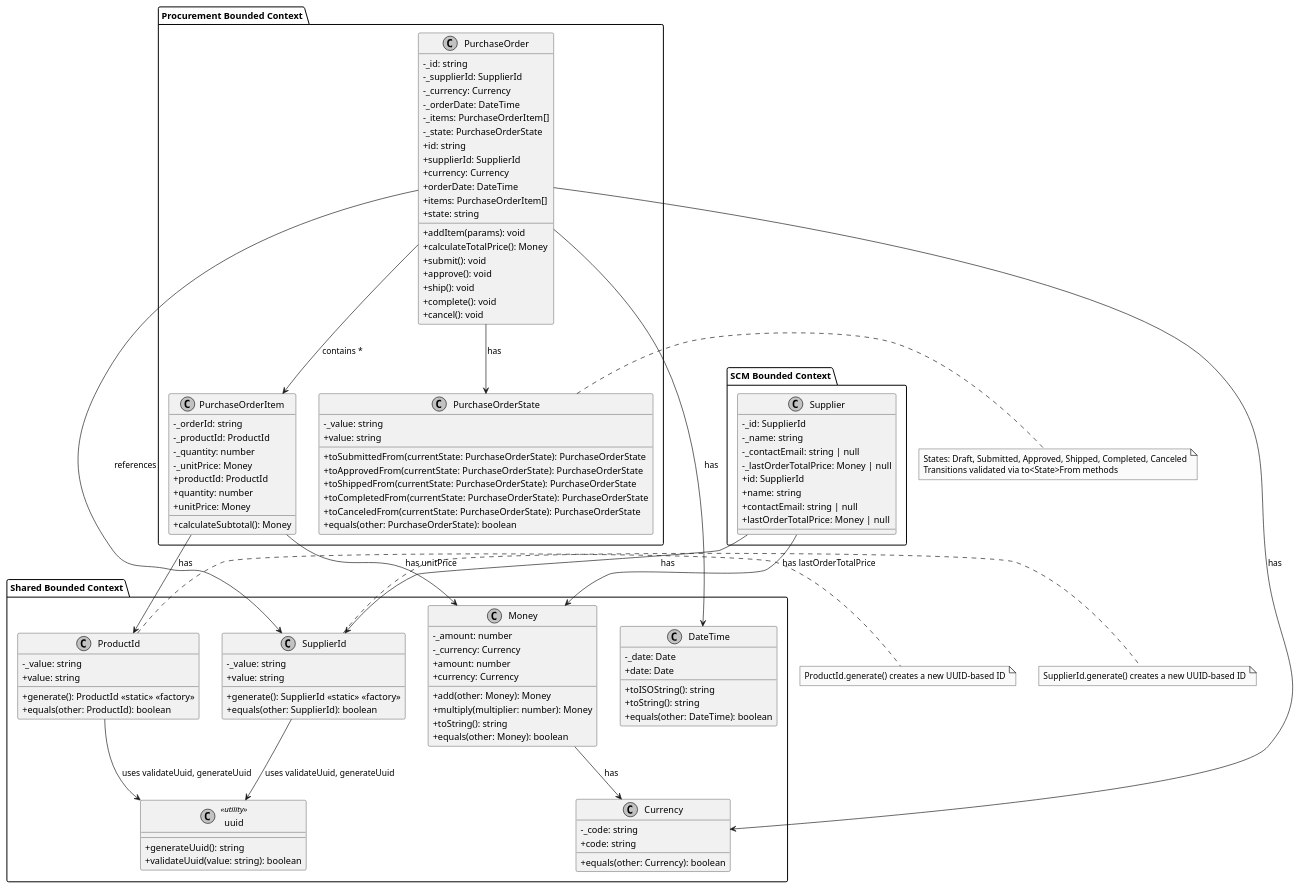
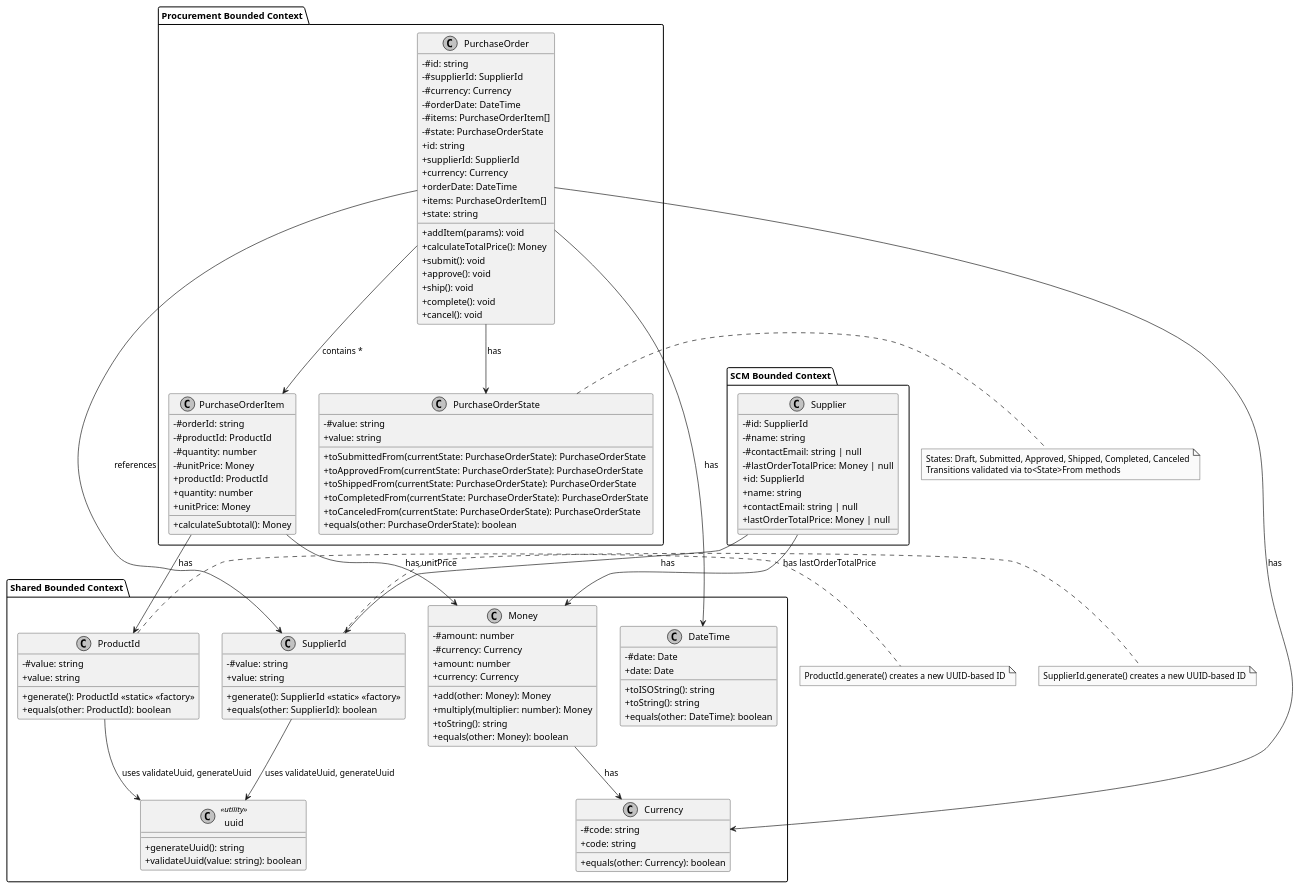
One commit to upc-pre-202620-1asi0730-8084/javascript-review changed the diagram in docs/class-diagram.puml. Above: the diagram before and after it, drawn with PlantUML.

Commit message:
refactor: update private field syntax.

```diff
--- a/docs/class-diagram.puml
+++ b/docs/class-diagram.puml
@@ -1,141 +1,141 @@
 @startuml
 skinparam monochrome true
 skinparam classAttributeIconSize 0
 skinparam padding 1
 
 ' Shared Bounded Context
 package "Shared Bounded Context" {
   class SupplierId {
-    -_value: string
+    -#value: string
     +generate(): SupplierId <<static>> <<factory>>
     +value: string
     +equals(other: SupplierId): boolean
   }
 
   class ProductId {
-    -_value: string
+    -#value: string
     +generate(): ProductId <<static>> <<factory>>
     +value: string
     +equals(other: ProductId): boolean
   }
 
   class Currency {
-    -_code: string
+    -#code: string
     +code: string
     +equals(other: Currency): boolean
   }
 
   class Money {
-    -_amount: number
-    -_currency: Currency
+    -#amount: number
+    -#currency: Currency
     +amount: number
     +currency: Currency
     +add(other: Money): Money
     +multiply(multiplier: number): Money
     +toString(): string
     +equals(other: Money): boolean
   }
 
   class DateTime {
-    -_date: Date
+    -#date: Date
     +date: Date
     +toISOString(): string
     +toString(): string
     +equals(other: DateTime): boolean
   }
 
   class "uuid" <<utility>> {
     +generateUuid(): string
     +validateUuid(value: string): boolean
   }
 }
 
 ' SCM Bounded Context
 package "SCM Bounded Context" {
   class Supplier {
-    -_id: SupplierId
-    -_name: string
-    -_contactEmail: string | null
-    -_lastOrderTotalPrice: Money | null
+    -#id: SupplierId
+    -#name: string
+    -#contactEmail: string | null
+    -#lastOrderTotalPrice: Money | null
     +id: SupplierId
     +name: string
     +contactEmail: string | null
     +lastOrderTotalPrice: Money | null
   }
 }
 
 ' Procurement Bounded Context
 package "Procurement Bounded Context" {
   class PurchaseOrder {
-    -_id: string
-    -_supplierId: SupplierId
-    -_currency: Currency
-    -_orderDate: DateTime
-    -_items: PurchaseOrderItem[]
-    -_state: PurchaseOrderState
+    -#id: string
+    -#supplierId: SupplierId
+    -#currency: Currency
+    -#orderDate: DateTime
+    -#items: PurchaseOrderItem[]
+    -#state: PurchaseOrderState
     +id: string
     +supplierId: SupplierId
     +currency: Currency
     +orderDate: DateTime
     +items: PurchaseOrderItem[]
     +state: string
     +addItem(params): void
     +calculateTotalPrice(): Money
     +submit(): void
     +approve(): void
     +ship(): void
     +complete(): void
     +cancel(): void
   }
 
   class PurchaseOrderItem {
-    -_orderId: string
-    -_productId: ProductId
-    -_quantity: number
-    -_unitPrice: Money
+    -#orderId: string
+    -#productId: ProductId
+    -#quantity: number
+    -#unitPrice: Money
     +productId: ProductId
     +quantity: number
     +unitPrice: Money
     +calculateSubtotal(): Money
   }
 
   class PurchaseOrderState {
-    -_value: string
+    -#value: string
     +value: string
     +toSubmittedFrom(currentState: PurchaseOrderState): PurchaseOrderState
     +toApprovedFrom(currentState: PurchaseOrderState): PurchaseOrderState
     +toShippedFrom(currentState: PurchaseOrderState): PurchaseOrderState
     +toCompletedFrom(currentState: PurchaseOrderState): PurchaseOrderState
     +toCanceledFrom(currentState: PurchaseOrderState): PurchaseOrderState
     +equals(other: PurchaseOrderState): boolean
   }
 }
 
 ' Relationships
 SupplierId -down-> "uuid" : uses validateUuid, generateUuid
 ProductId -down-> "uuid" : uses validateUuid, generateUuid
 PurchaseOrder -down-> PurchaseOrderState : has
 Supplier -down-> SupplierId : has
 Supplier -down-> Money : has lastOrderTotalPrice
 PurchaseOrder -down-> SupplierId : references
 PurchaseOrder -down-> Currency : has
 PurchaseOrder -down-> DateTime : has
 PurchaseOrder -down-> PurchaseOrderItem : contains *
 PurchaseOrderItem -down-> ProductId : has
 PurchaseOrderItem -down-> Money : has unitPrice
 Money -down-> Currency : has
 
 note right of SupplierId
   SupplierId.generate() creates a new UUID-based ID
 end note
 
 note right of ProductId
   ProductId.generate() creates a new UUID-based ID
 end note
 
 note right of PurchaseOrderState
   States: Draft, Submitted, Approved, Shipped, Completed, Canceled
   Transitions validated via to<State>From methods
 end note
 
 @enduml
```
